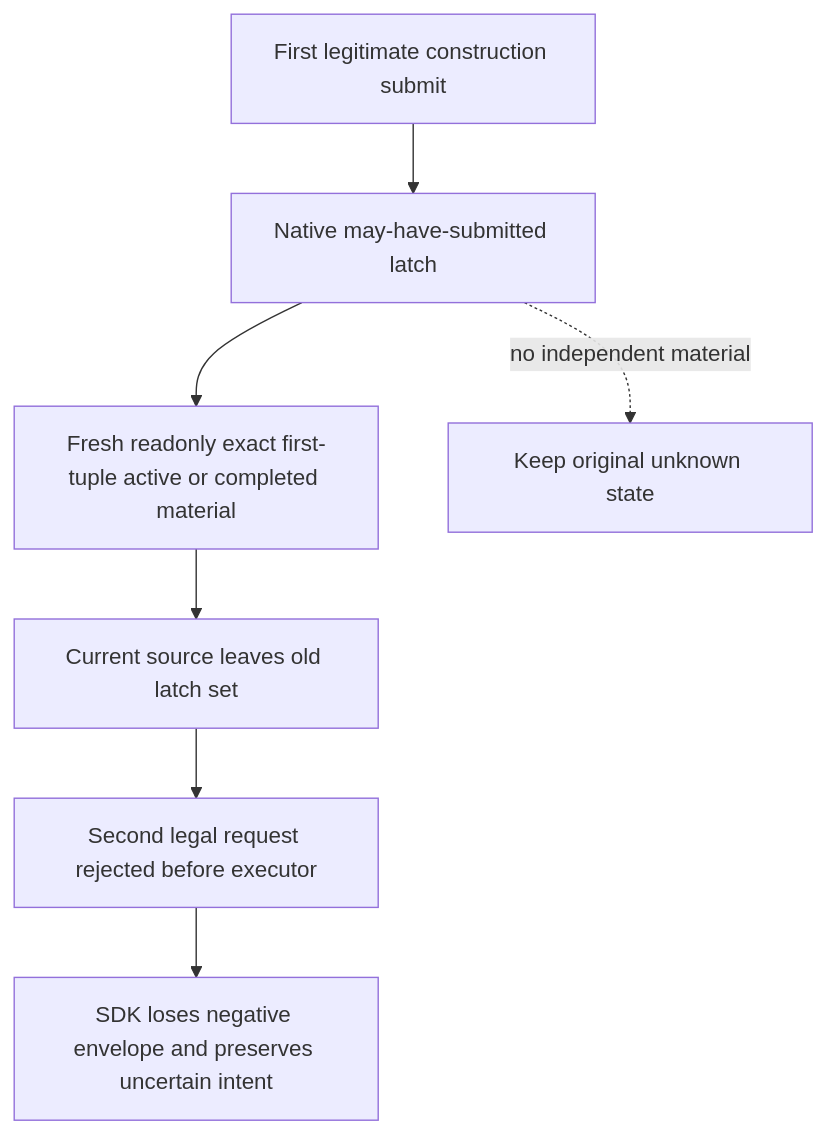
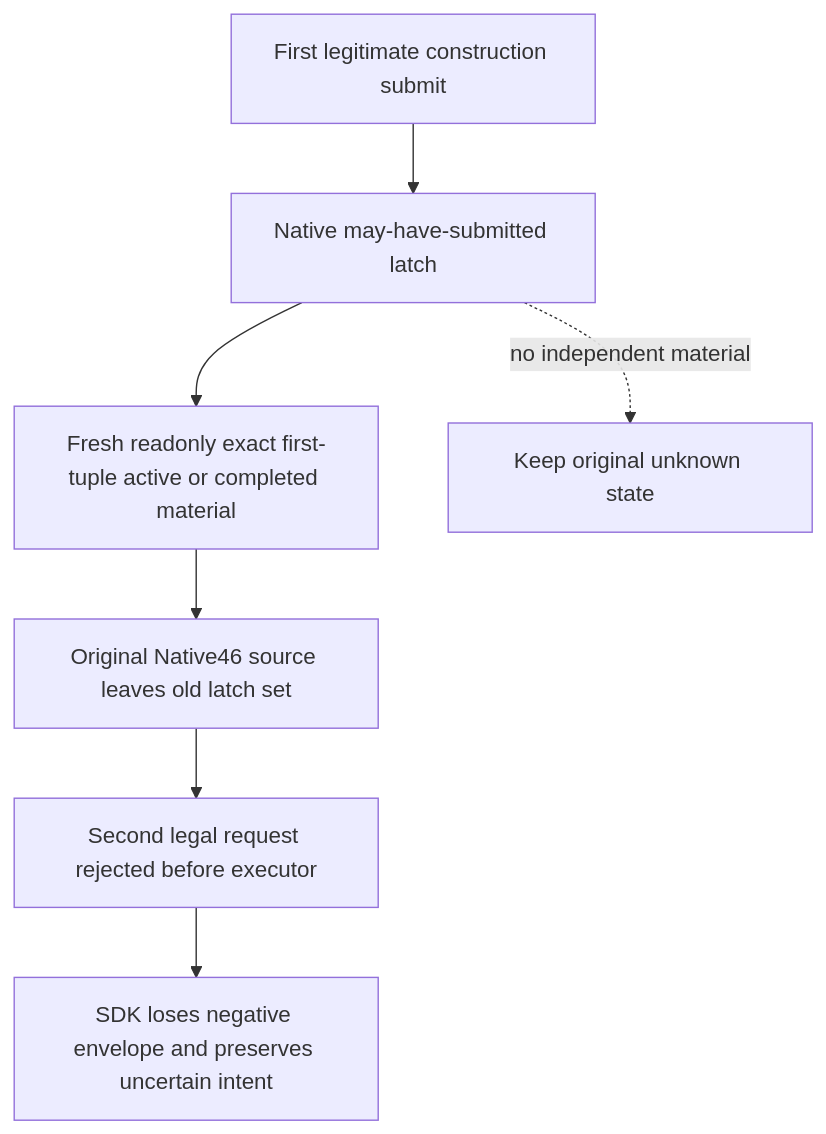
The first of 2 diagrams in docs/ck3-native-ai/r81-second-construction-native-latch-12004.md (XenoAmess/ck3_eternal_recurrence), drawn with Mermaid before and after one commit. The commit also changed other lines of this file, not shown here.

Commit message:
Record same-process Native48 construction latch lifecycle

````diff
--- a/docs/ck3-native-ai/r81-second-construction-native-latch-12004.md
+++ b/docs/ck3-native-ai/r81-second-construction-native-latch-12004.md
@@ -46,9 +48,9 @@
 ```mermaid
 flowchart TD
     A[First legitimate construction submit] --> B[Native may-have-submitted latch]
     B --> C[Fresh readonly exact first-tuple active or completed material]
-    C --> D[Current source leaves old latch set]
+    C --> D[Original Native46 source leaves old latch set]
     D --> E[Second legal request rejected before executor]
     E --> F[SDK loses negative envelope and preserves uncertain intent]
     B -. no independent material .-> U[Keep original unknown state]
 ```
````
